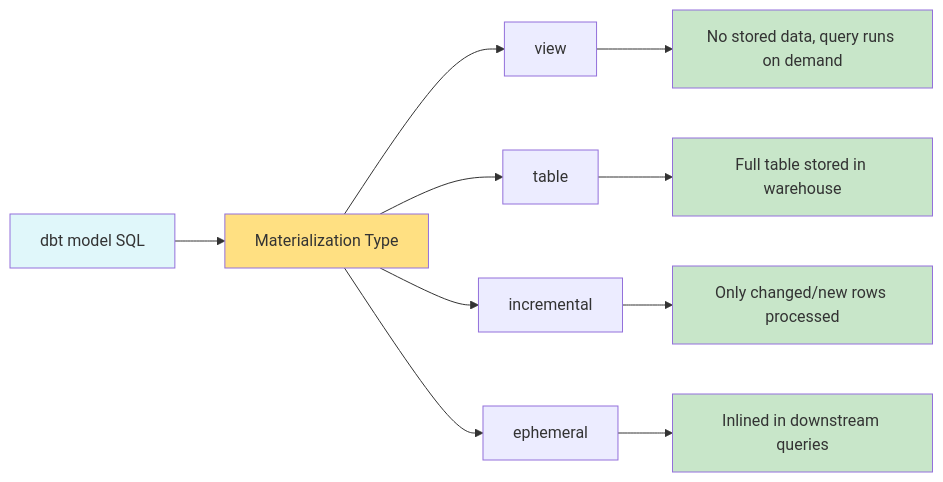
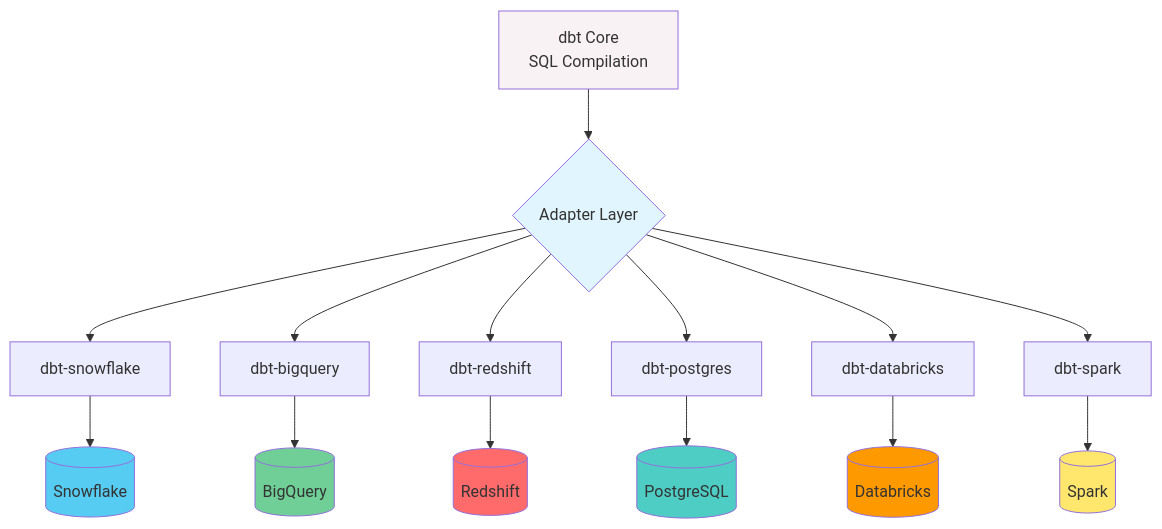
Before and after one commit to HemantSahuGit/data-engineering-notes: the fourth of 17 diagrams in DBT/dbt_airbnb.md, drawn with Mermaid. The commit also changed other lines of this file, not shown here.

````diff
--- a/DBT/dbt_airbnb.md
+++ b/DBT/dbt_airbnb.md
@@ -215,19 +263,27 @@
-  ```mermaid
-  graph LR
-      A[dbt model SQL] --> B[Materialization Type]
-      B --> C[view]
-      B --> D[table]
-      B --> E[incremental]
-      B --> F[ephemeral]
-      C --> G[No stored data, query runs on demand]
-      D --> H[Full table stored in warehouse]
-      E --> I[Only changed/new rows processed]
-      F --> J[Inlined in downstream queries]
-
-      style A fill:#e0f7fa
-      style B fill:#ffe082
-      style G fill:#c8e6c9
-      style H fill:#c8e6c9
-      style I fill:#c8e6c9
-      style J fill:#c8e6c9
-  ```
+```mermaid
+graph TB
+    A[dbt Core<br>SQL Compilation] --> B{Adapter Layer}
+    
+    B --> C[dbt-snowflake]
+    B --> D[dbt-bigquery]
+    B --> E[dbt-redshift]
+    B --> F[dbt-postgres]
+    B --> G[dbt-databricks]
+    B --> H[dbt-spark]
+    
+    C --> I[(Snowflake)]
+    D --> J[(BigQuery)]
+    E --> K[(Redshift)]
+    F --> L[(PostgreSQL)]
+    G --> M[(Databricks)]
+    H --> N[(Spark)]
+    
+    style A fill:#f9f2f4
+    style B fill:#e1f5fe
+    style I fill:#56CCF2
+    style J fill:#6FCF97
+    style K fill:#FF6B6B
+    style L fill:#4ECDC4
+    style M fill:#FF9900
+    style N fill:#FFE66D
+```
````
